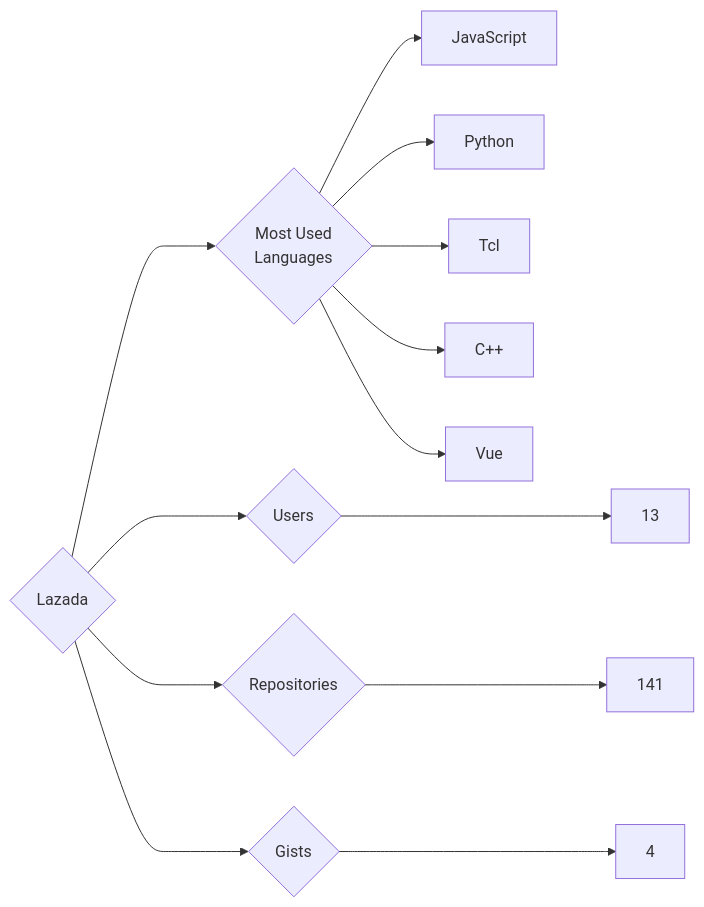
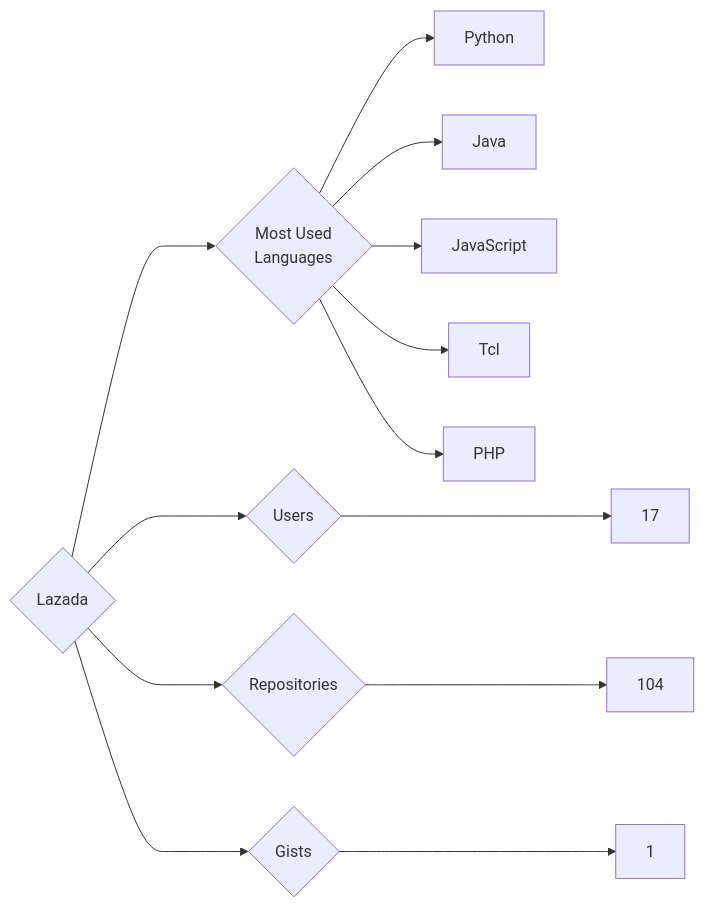
Before and after one commit to trickest/insiders: the diagram in targets/Lazada/README.md, drawn with Mermaid. The commit also changed 752 other files, not shown here.

````diff
--- a/targets/Lazada/README.md
+++ b/targets/Lazada/README.md
@@ -3,13 +3,13 @@
 ```mermaid
 graph LR
 COMPANY_NAME{Lazada}
-COMPANY_NAME ---> U{Users} ---> UN[13]
-COMPANY_NAME ---> R{Repositories} ---> RN[141]
-COMPANY_NAME ---> G{Gists} ---> GN[4]
+COMPANY_NAME ---> U{Users} ---> UN[17]
+COMPANY_NAME ---> R{Repositories} ---> RN[104]
+COMPANY_NAME ---> G{Gists} ---> GN[1]
 COMPANY_NAME ---> ML{Most Used<br>Languages}
+ML --> Python[Python]
+ML --> Java[Java]
 ML --> JavaScript[JavaScript]
-ML --> Python[Python]
 ML --> Tcl[Tcl]
-ML --> C++[C++]
-ML --> Vue[Vue]
+ML --> PHP[PHP]
 ```
````
